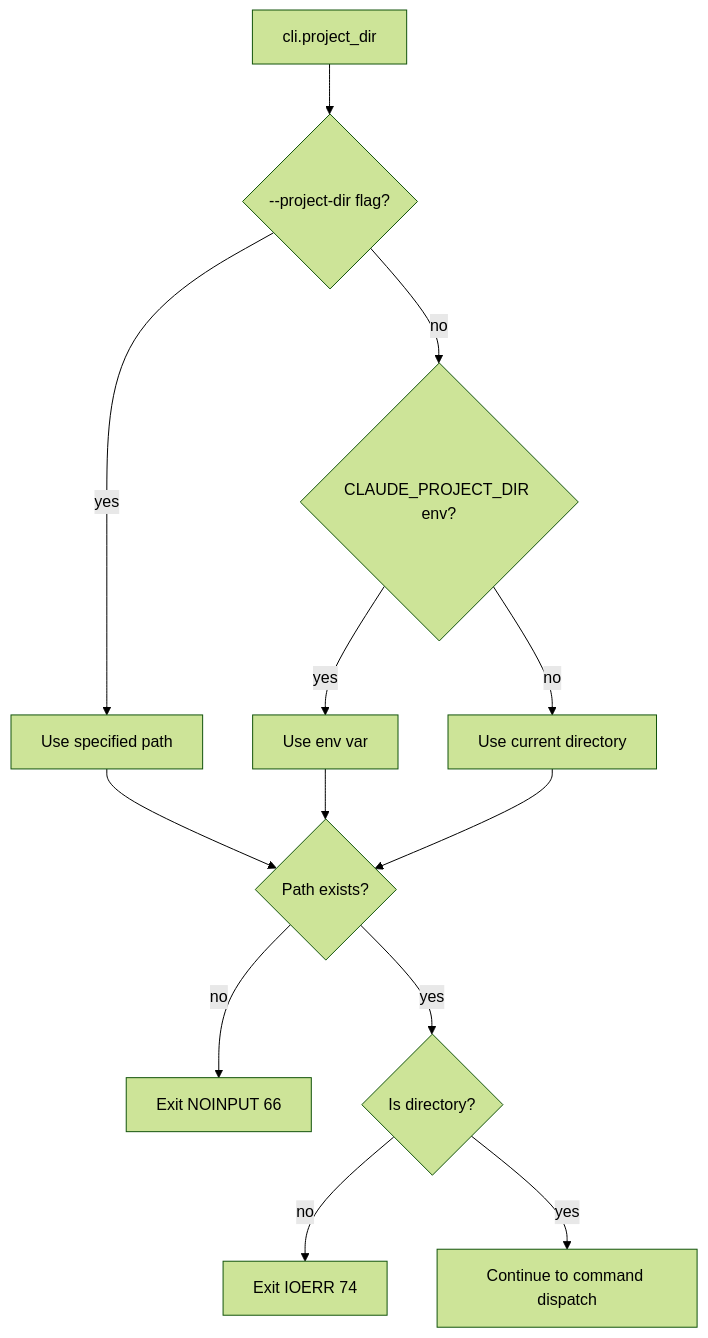
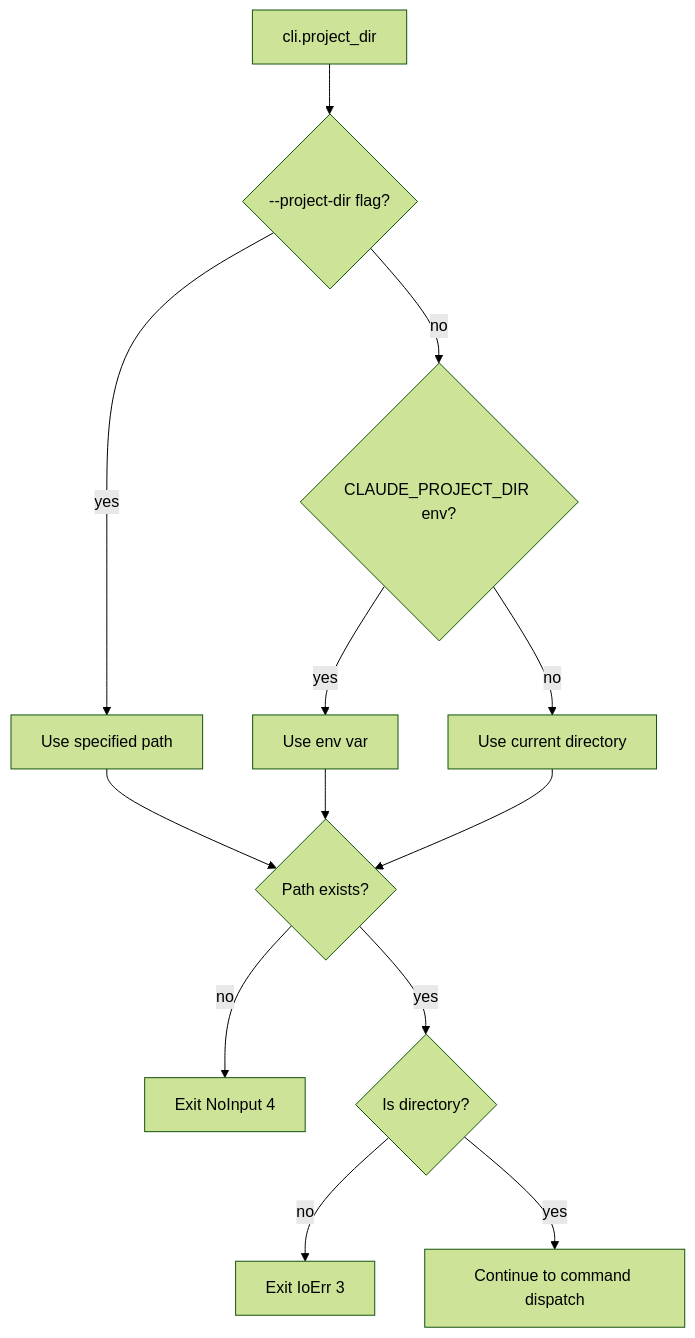
One commit to mneves75/ffts-grep changed the third of 3 diagrams in docs/state-machines/01-cli-dispatch.md. Above: the diagram before and after it, drawn with Mermaid (forest theme). The commit also changed other lines of this file, not shown here.

Commit message:
docs: update cli dispatch flow

````diff
--- a/docs/state-machines/01-cli-dispatch.md
+++ b/docs/state-machines/01-cli-dispatch.md
@@ -86,17 +93,17 @@
 ```mermaid
 flowchart TD
     A[cli.project_dir] --> B{--project-dir flag?}
     B -->|yes| C[Use specified path]
     B -->|no| D{CLAUDE_PROJECT_DIR env?}
     D -->|yes| E[Use env var]
     D -->|no| F[Use current directory]
 
     C --> G{Path exists?}
     E --> G
     F --> G
 
-    G -->|no| H[Exit NOINPUT 66]
+    G -->|no| H[Exit NoInput 4]
     G -->|yes| I{Is directory?}
-    I -->|no| J[Exit IOERR 74]
+    I -->|no| J[Exit IoErr 3]
     I -->|yes| K[Continue to command dispatch]
 ```
````
